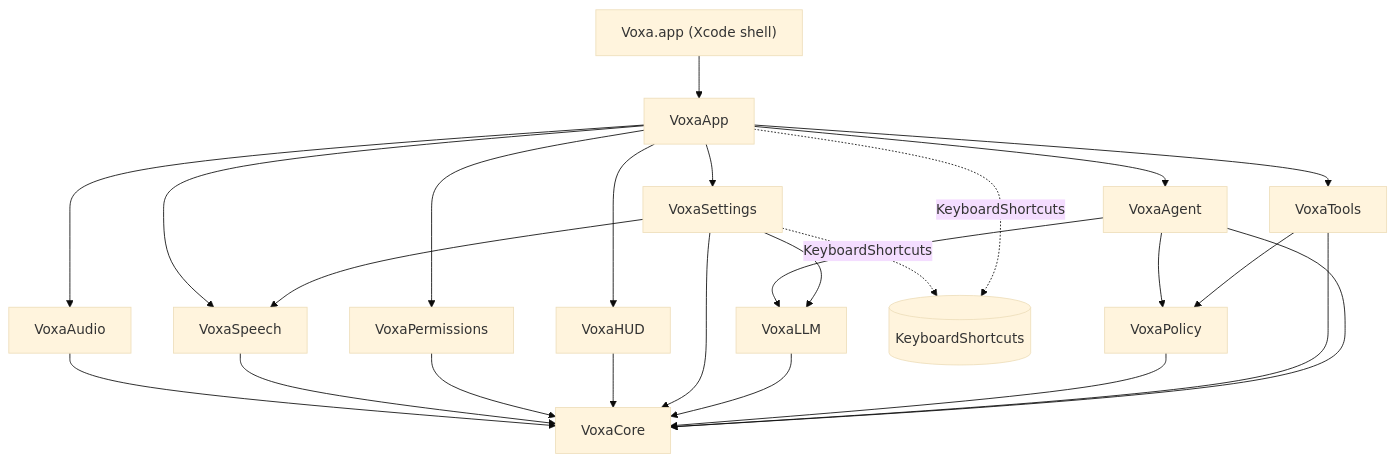
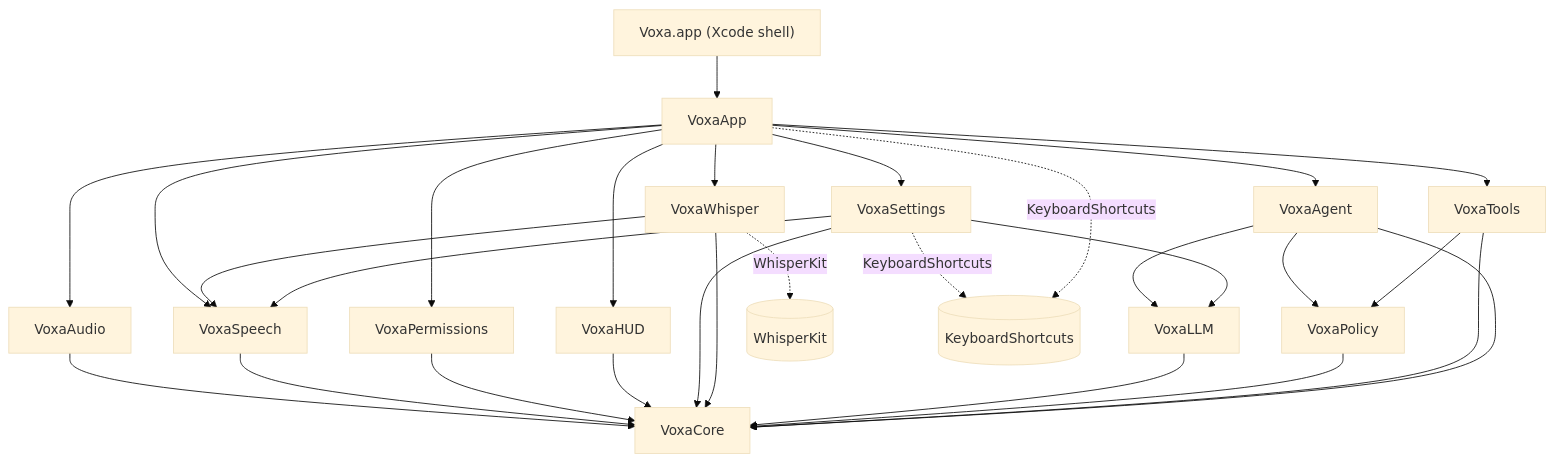
One commit to connectstack/voxa changed the diagram in docs/DESIGN.md. Above: the diagram before and after it, drawn with Mermaid (base theme). The commit also changed other lines of this file and 94 other files, not shown here.

````diff
--- a/docs/DESIGN.md
+++ b/docs/DESIGN.md
@@ -49,27 +55,31 @@
 ```mermaid
 graph TD
     Shell["Voxa.app (Xcode shell)"] --> App[VoxaApp]
     App --> Audio[VoxaAudio]
     App --> Speech[VoxaSpeech]
     App --> Perms[VoxaPermissions]
     App --> HUD[VoxaHUD]
     App --> Settings[VoxaSettings]
     App --> Agent[VoxaAgent]
     App --> Tools[VoxaTools]
     Agent --> LLM[VoxaLLM]
     Agent --> Policy[VoxaPolicy]
     Tools --> Policy
     Audio --> Core[VoxaCore]
     Speech --> Core
     Perms --> Core
     HUD --> Core
     Settings --> Core
+    App --> Whisper[VoxaWhisper]
+    Whisper --> Speech
+    Whisper --> Core
+    Whisper -. WhisperKit .-> WK[(WhisperKit)]
     Settings --> Speech
     Settings --> LLM
     LLM --> Core
     Policy --> Core
     Tools --> Core
     Agent --> Core
     Settings -. KeyboardShortcuts .-> KS[(KeyboardShortcuts)]
     App -. KeyboardShortcuts .-> KS
 ```
````
